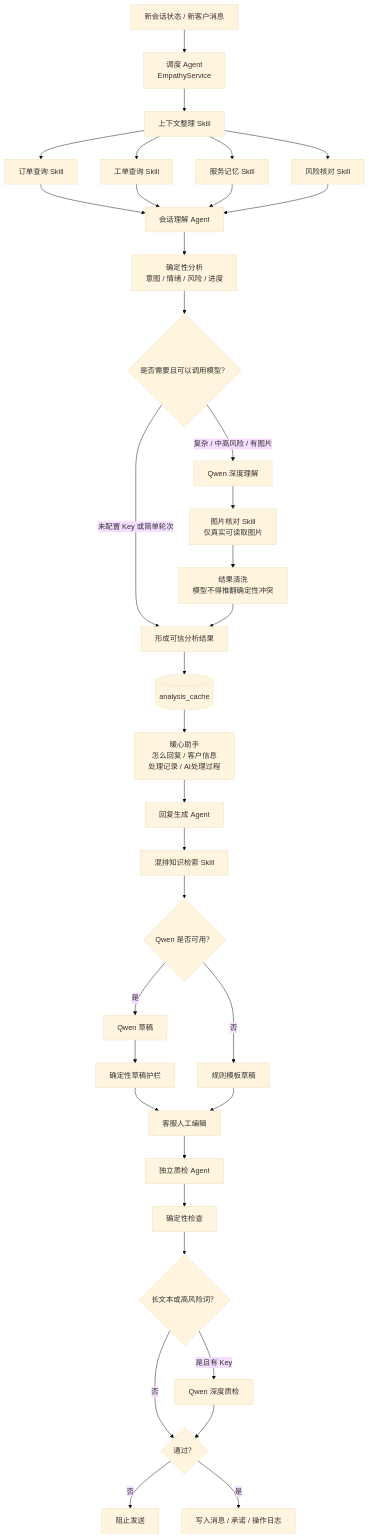
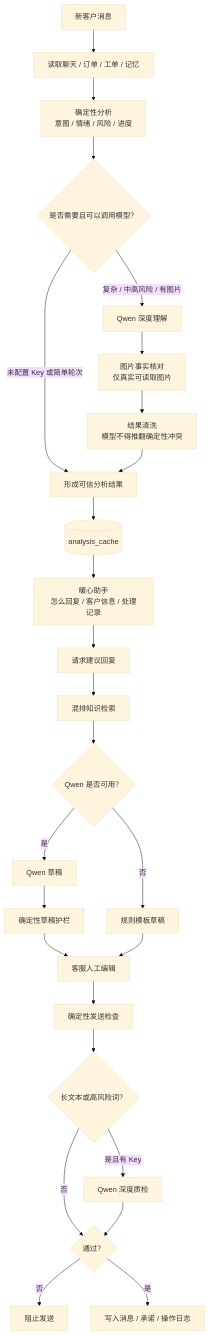
Before and after one commit to isabellasijia/empathy-copilot: the third of 7 diagrams in 项目全景图.md, drawn with Mermaid (base theme). The commit also changed other lines of this file and 9 other files, not shown here.

````diff
--- a/项目全景图.md
+++ b/项目全景图.md
@@ -122,43 +122,30 @@
 ```mermaid
 flowchart TD
-    IN[新会话状态 / 新客户消息] --> SUP[调度 Agent<br/>EmpathyService]
-
-    SUP --> CTX[上下文整理 Skill]
-    CTX --> ORD[订单查询 Skill]
-    CTX --> TKT[工单查询 Skill]
-    CTX --> MEM[服务记忆 Skill]
-    CTX --> RULE[风险核对 Skill]
-
-    ORD --> UA[会话理解 Agent]
-    TKT --> UA
-    MEM --> UA
-    RULE --> UA
-
-    UA --> LOCAL[确定性分析<br/>意图 / 情绪 / 风险 / 进度]
+    IN[新客户消息] --> CTX[读取聊天 / 订单 / 工单 / 记忆]
+    CTX --> LOCAL[确定性分析<br/>意图 / 情绪 / 风险 / 进度]
     LOCAL --> ROUTE{是否需要且可以调用模型？}
     ROUTE -->|未配置 Key 或简单轮次| MERGE[形成可信分析结果]
     ROUTE -->|复杂 / 中高风险 / 有图片| MODEL[Qwen 深度理解]
-    MODEL --> IMG[图片核对 Skill<br/>仅真实可读取图片]
+    MODEL --> IMG[图片事实核对<br/>仅真实可读取图片]
     IMG --> SAFE[结果清洗<br/>模型不得推翻确定性冲突]
     SAFE --> MERGE
     MERGE --> CACHE[(analysis_cache)]
-    CACHE --> UI[暖心助手<br/>怎么回复 / 客户信息<br/>处理记录 / AI处理过程]
+    CACHE --> UI[暖心助手<br/>怎么回复 / 客户信息 / 处理记录]
 
-    UI --> DRAFT[回复生成 Agent]
-    DRAFT --> RAG[混排知识检索 Skill]
+    UI --> DRAFT[请求建议回复]
+    DRAFT --> RAG[混排知识检索]
     RAG --> GEN{Qwen 是否可用？}
     GEN -->|否| FALLBACK[规则模板草稿]
     GEN -->|是| QDRAFT[Qwen 草稿]
     QDRAFT --> PREFLIGHT[确定性草稿护栏]
     PREFLIGHT --> EDIT[客服人工编辑]
     FALLBACK --> EDIT
 
-    EDIT --> GUARD[独立质检 Agent]
-    GUARD --> FAST[确定性检查]
+    EDIT --> FAST[确定性发送检查]
     FAST --> DEEP{长文本或高风险词？}
     DEEP -->|否| PASS{通过？}
     DEEP -->|是且有 Key| QCHECK[Qwen 深度质检]
     QCHECK --> PASS
     PASS -->|否| BLOCK[阻止发送]
     PASS -->|是| SEND[写入消息 / 承诺 / 操作日志]
 ```
````
